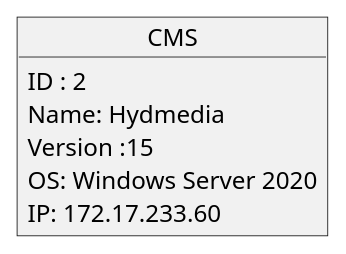
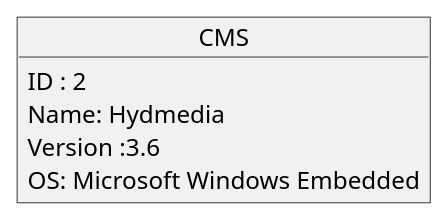
Before and after one commit to VirtualReality1/topologieSpringBoot: the diagram in static/puml/CMS.puml, drawn with PlantUML. The commit also changed 15 other files, not shown here.

```diff
--- a/static/puml/CMS.puml
+++ b/static/puml/CMS.puml
@@ -1,8 +1,7 @@
 @startuml
 object CMS
 CMS : ID : 2
 CMS : Name: Hydmedia
-CMS : Version :15
-CMS : OS: Windows Server 2020
-CMS : IP: 172.17.233.60
+CMS : Version :3.6
+CMS : OS: Microsoft Windows Embedded
 @enduml
```
